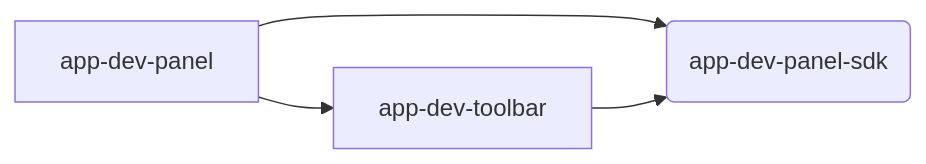
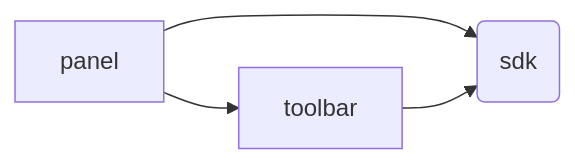
Before and after one commit to app-dev-panel/app-dev-panel: the diagram in libs/frontend/README.md, drawn with Mermaid. The commit also changed other lines of this file and 2 other files, not shown here.

````diff
--- a/libs/frontend/README.md
+++ b/libs/frontend/README.md
@@ -43,7 +21,6 @@
 ```mermaid
 flowchart LR
-
-    A[app-dev-panel] --> C(app-dev-panel-sdk)
-    A[app-dev-panel] --> B
-    B[app-dev-toolbar] --> C
+    A[panel] --> C(sdk)
+    A[panel] --> B
+    B[toolbar] --> C
 ```
````
